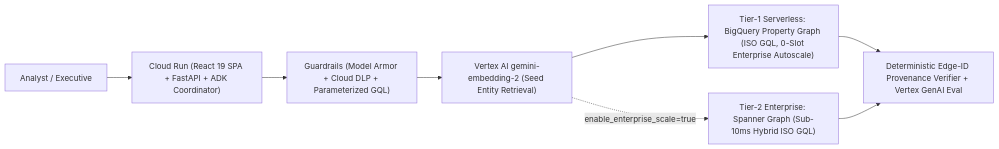
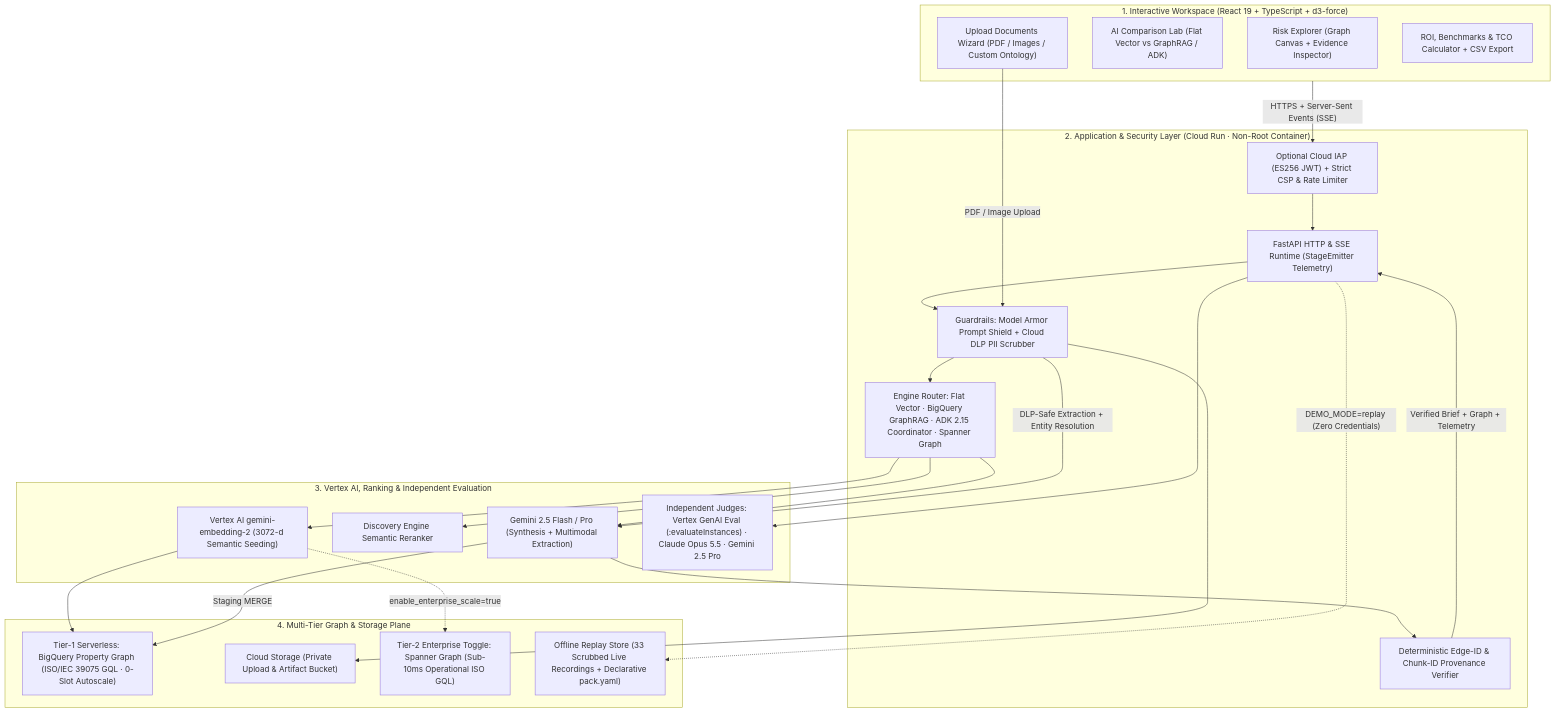
The diagram in solutions/enterprise-graphrag/README.md (nishitpatel01/google-cloud), drawn with Mermaid before and after one commit. The commit also changed other lines of this file and 2 other files, not shown here.

Commit message:
docs(enterprise-graphrag): focus README on business problem, impact, architecture, and project structure

````diff
--- a/solutions/enterprise-graphrag/README.md
+++ b/solutions/enterprise-graphrag/README.md
@@ -16,10 +51,49 @@
 ```mermaid
-flowchart LR
-  USER["Analyst / Executive"] --> API["Cloud Run (React 19 SPA + FastAPI + ADK Coordinator)"]
-  API --> SEC["Guardrails (Model Armor + Cloud DLP + Parameterized GQL)"]
-  SEC --> EMB["Vertex AI gemini-embedding-2 (Seed Entity Retrieval)"]
-  EMB --> BQ["Tier-1 Serverless: BigQuery Property Graph (ISO GQL, 0-Slot Enterprise Autoscale)"]
-  EMB -.->|"enable_enterprise_scale=true"| SP["Tier-2 Enterprise: Spanner Graph (Sub-10ms Hybrid ISO GQL)"]
-  BQ --> VER["Deterministic Edge-ID Provenance Verifier + Vertex GenAI Eval"]
-  SP --> VER
+flowchart TB
+  subgraph Client["1. Interactive Workspace (React 19 + TypeScript + d3-force)"]
+    EXP["Risk Explorer (Graph Canvas + Evidence Inspector)"]
+    CMP["AI Comparison Lab (Flat Vector vs GraphRAG / ADK)"]
+    ING["Upload Documents Wizard (PDF / Images / Custom Ontology)"]
+    BNK["ROI, Benchmarks & TCO Calculator + CSV Export"]
+  end
+
+  subgraph Edge["2. Application & Security Layer (Cloud Run · Non-Root Container)"]
+    IAP["Optional Cloud IAP (ES256 JWT) + Strict CSP & Rate Limiter"]
+    API["FastAPI HTTP & SSE Runtime (StageEmitter Telemetry)"]
+    GUARD["Guardrails: Model Armor Prompt Shield + Cloud DLP PII Scrubber"]
+    ENG["Engine Router: Flat Vector · BigQuery GraphRAG · ADK 2.15 Coordinator · Spanner Graph"]
+    VER["Deterministic Edge-ID & Chunk-ID Provenance Verifier"]
+  end
+
+  subgraph AI["3. Vertex AI, Ranking & Independent Evaluation"]
+    EMB["Vertex AI gemini-embedding-2 (3072-d Semantic Seeding)"]
+    RANK["Discovery Engine Semantic Reranker"]
+    GEN["Gemini 2.5 Flash / Pro (Synthesis + Multimodal Extraction)"]
+    EVAL["Independent Judges: Vertex GenAI Eval (:evaluateInstances) · Claude Opus 5.5 · Gemini 2.5 Pro"]
+  end
+
+  subgraph Data["4. Multi-Tier Graph & Storage Plane"]
+    BQ["Tier-1 Serverless: BigQuery Property Graph (ISO/IEC 39075 GQL · 0-Slot Autoscale)"]
+    GCS["Cloud Storage (Private Upload & Artifact Bucket)"]
+    SP["Tier-2 Enterprise Toggle: Spanner Graph (Sub-10ms Operational ISO GQL)"]
+    REC["Offline Replay Store (33 Scrubbed Live Recordings + Declarative pack.yaml)"]
+  end
+
+  Client -->|"HTTPS + Server-Sent Events (SSE)"| IAP
+  IAP --> API
+  API --> GUARD
+  GUARD --> ENG
+  ENG --> EMB
+  EMB --> BQ
+  EMB -.->|"enable_enterprise_scale=true"| SP
+  ENG --> RANK
+  ENG --> GEN
+  GEN --> VER
+  VER -->|"Verified Brief + Graph + Telemetry"| API
+  API --> EVAL
+  ING -->|"PDF / Image Upload"| GUARD
+  GUARD -->|"DLP-Safe Extraction + Entity Resolution"| GEN
+  GEN -->|"Staging MERGE"| BQ
+  GUARD --> GCS
+  API -.->|"DEMO_MODE=replay (Zero Credentials)"| REC
 ```
````
